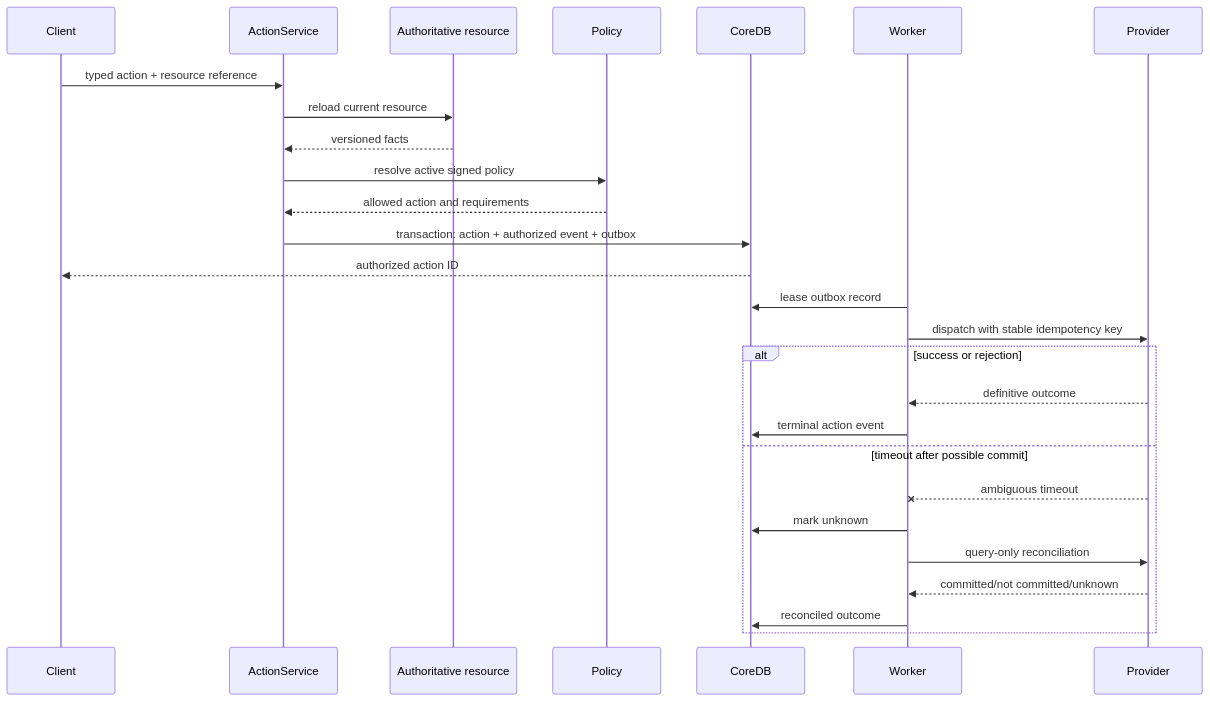
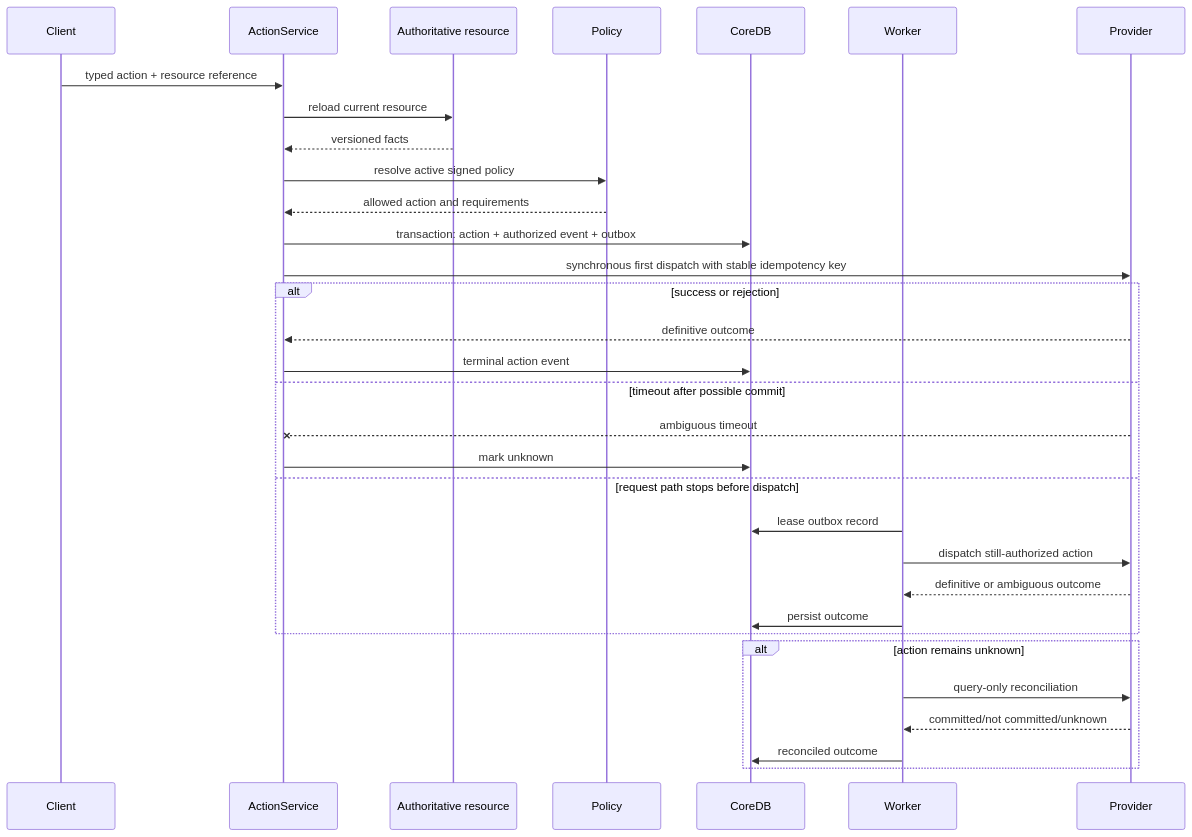
Before and after one commit to spkc83/llm-powered-workflow-engine: the sixth of 8 diagrams in docs/architecture.md, drawn with Mermaid. The commit also changed other lines of this file and 64 other files, not shown here.

````diff
--- a/docs/architecture.md
+++ b/docs/architecture.md
@@ -353,30 +380,35 @@
 ```mermaid
 sequenceDiagram
     participant Client
     participant ActionService
     participant Resource as Authoritative resource
     participant Policy
     participant CoreDB
     participant Worker
     participant Provider
 
     Client->>ActionService: typed action + resource reference
     ActionService->>Resource: reload current resource
     Resource-->>ActionService: versioned facts
     ActionService->>Policy: resolve active signed policy
     Policy-->>ActionService: allowed action and requirements
     ActionService->>CoreDB: transaction: action + authorized event + outbox
-    CoreDB-->>Client: authorized action ID
-    Worker->>CoreDB: lease outbox record
-    Worker->>Provider: dispatch with stable idempotency key
+    ActionService->>Provider: synchronous first dispatch with stable idempotency key
     alt success or rejection
-        Provider-->>Worker: definitive outcome
-        Worker->>CoreDB: terminal action event
+        Provider-->>ActionService: definitive outcome
+        ActionService->>CoreDB: terminal action event
     else timeout after possible commit
-        Provider--xWorker: ambiguous timeout
-        Worker->>CoreDB: mark unknown
+        Provider--xActionService: ambiguous timeout
+        ActionService->>CoreDB: mark unknown
+    else request path stops before dispatch
+        Worker->>CoreDB: lease outbox record
+        Worker->>Provider: dispatch still-authorized action
+        Provider-->>Worker: definitive or ambiguous outcome
+        Worker->>CoreDB: persist outcome
+    end
+    alt action remains unknown
         Worker->>Provider: query-only reconciliation
         Provider-->>Worker: committed/not committed/unknown
         Worker->>CoreDB: reconciled outcome
     end
 ```
````
